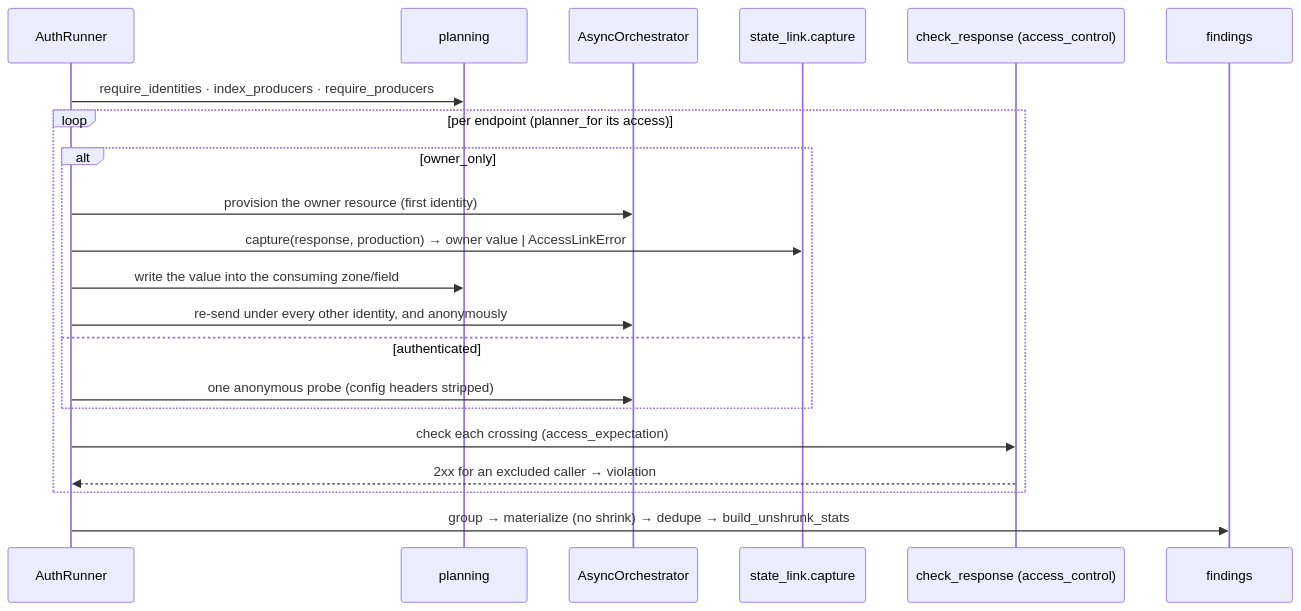
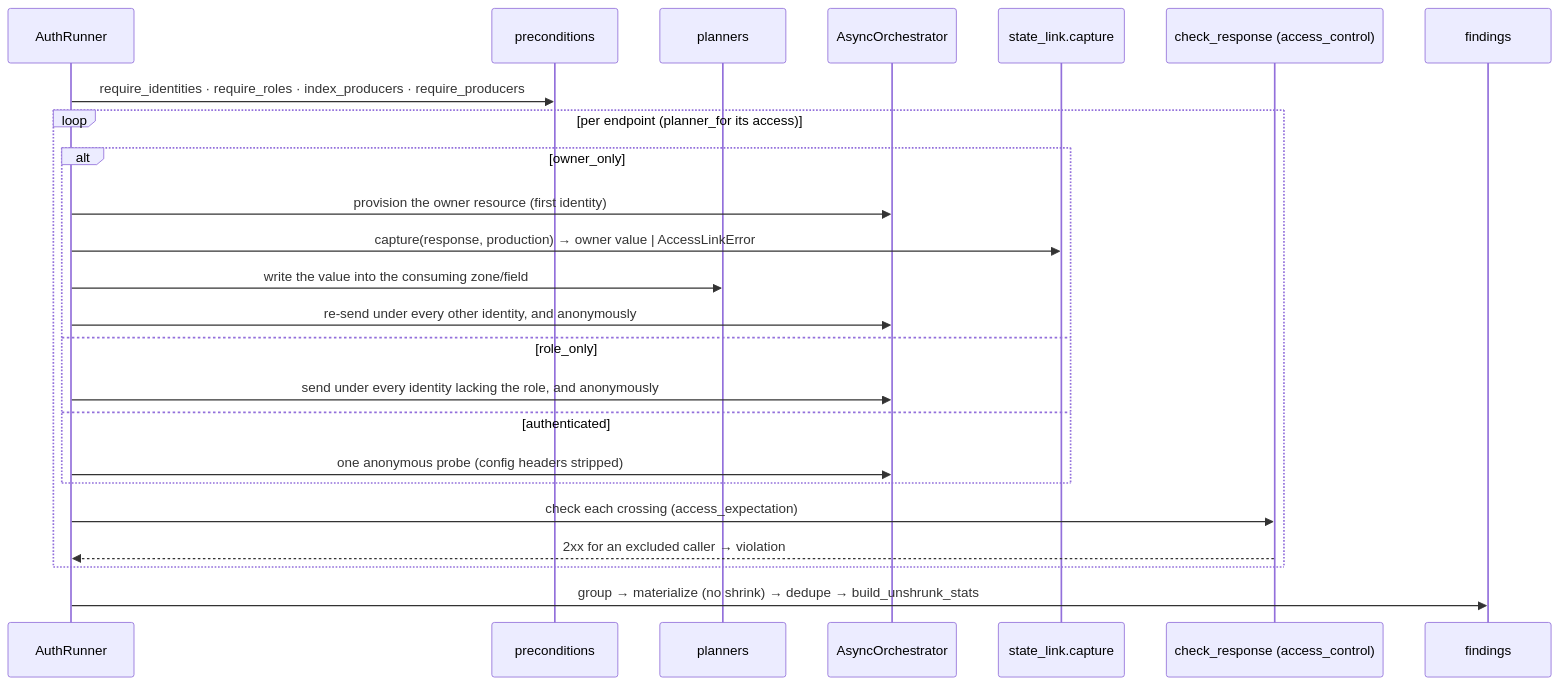
One commit to Spec-Forge-Testing/specforge-docs changed the sixth of 6 diagrams in docs/modules/custom-schemathesis/execution-modes.md. Above: the diagram before and after it, drawn with Mermaid. The commit also changed other lines of this file and 10 other files, not shown here.

````diff
--- a/docs/modules/custom-schemathesis/execution-modes.md
+++ b/docs/modules/custom-schemathesis/execution-modes.md
@@ -230,24 +241,27 @@
 ```mermaid
 sequenceDiagram
     participant AR as AuthRunner
-    participant Pl as planning
+    participant Pre as preconditions
+    participant Pl as planners
     participant Orch as AsyncOrchestrator
     participant Cap as state_link.capture
     participant Or as check_response (access_control)
     participant Fnd as findings
 
-    AR->>Pl: require_identities · index_producers · require_producers
+    AR->>Pre: require_identities · require_roles · index_producers · require_producers
     loop per endpoint (planner_for its access)
         alt owner_only
             AR->>Orch: provision the owner resource (first identity)
             AR->>Cap: capture(response, production) → owner value | AccessLinkError
             AR->>Pl: write the value into the consuming zone/field
             AR->>Orch: re-send under every other identity, and anonymously
+        else role_only
+            AR->>Orch: send under every identity lacking the role, and anonymously
         else authenticated
             AR->>Orch: one anonymous probe (config headers stripped)
         end
         AR->>Or: check each crossing (access_expectation)
         Or-->>AR: 2xx for an excluded caller → violation
     end
     AR->>Fnd: group → materialize (no shrink) → dedupe → build_unshrunk_stats
 ```
````
